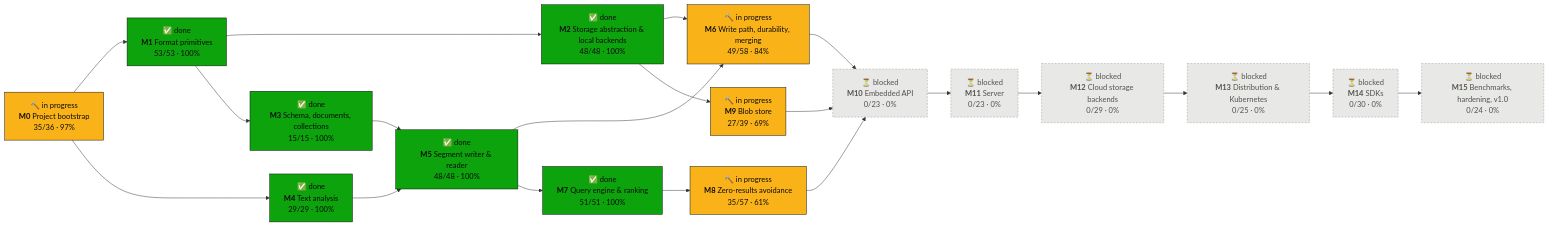
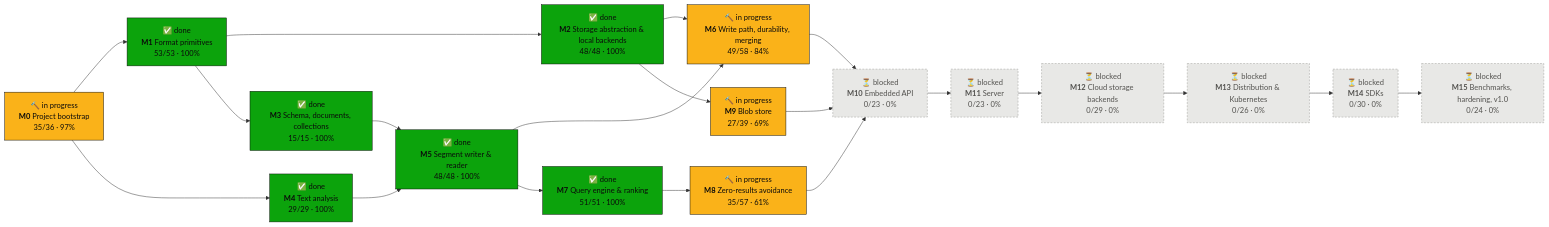
One commit to tomiok/persiaDB changed the first of 2 diagrams in PROGRESS.md. Above: the diagram before and after it, drawn with Mermaid. The commit also changed other lines of this file and 18 other files, not shown here.

First line of the commit message:
chore(blob): wave 3 contract: writer proof, resume option, wiring and resume anchors (ROADMAP 9.2.7, 9.3.4, 9.3.6, 9.4.5, 9.4.6, 9.5.3, 9.5.6, 9.5.9)

````diff
--- a/PROGRESS.md
+++ b/PROGRESS.md
@@ -16,42 +16,42 @@
 ```mermaid
 flowchart LR
   M0["🔨 in progress<br/><b>M0</b> Project bootstrap<br/>35/36 · 97%"]:::doing
   M1["✅ done<br/><b>M1</b> Format primitives<br/>53/53 · 100%"]:::done
   M2["✅ done<br/><b>M2</b> Storage abstraction & local backends<br/>48/48 · 100%"]:::done
   M3["✅ done<br/><b>M3</b> Schema, documents, collections<br/>15/15 · 100%"]:::done
   M4["✅ done<br/><b>M4</b> Text analysis<br/>29/29 · 100%"]:::done
   M5["✅ done<br/><b>M5</b> Segment writer & reader<br/>48/48 · 100%"]:::done
   M6["🔨 in progress<br/><b>M6</b> Write path, durability, merging<br/>49/58 · 84%"]:::doing
   M7["✅ done<br/><b>M7</b> Query engine & ranking<br/>51/51 · 100%"]:::done
   M8["🔨 in progress<br/><b>M8</b> Zero-results avoidance<br/>35/57 · 61%"]:::doing
   M9["🔨 in progress<br/><b>M9</b> Blob store<br/>27/39 · 69%"]:::doing
   M10["⏳ blocked<br/><b>M10</b> Embedded API<br/>0/23 · 0%"]:::blocked
   M11["⏳ blocked<br/><b>M11</b> Server<br/>0/23 · 0%"]:::blocked
   M12["⏳ blocked<br/><b>M12</b> Cloud storage backends<br/>0/29 · 0%"]:::blocked
-  M13["⏳ blocked<br/><b>M13</b> Distribution & Kubernetes<br/>0/25 · 0%"]:::blocked
+  M13["⏳ blocked<br/><b>M13</b> Distribution & Kubernetes<br/>0/26 · 0%"]:::blocked
   M14["⏳ blocked<br/><b>M14</b> SDKs<br/>0/30 · 0%"]:::blocked
   M15["⏳ blocked<br/><b>M15</b> Benchmarks, hardening, v1.0<br/>0/24 · 0%"]:::blocked
   M0 --> M1
   M1 --> M2
   M1 --> M3
   M0 --> M4
   M3 --> M5
   M4 --> M5
   M2 --> M6
   M5 --> M6
   M5 --> M7
   M7 --> M8
   M2 --> M9
   M6 --> M10
   M8 --> M10
   M9 --> M10
   M10 --> M11
   M11 --> M12
   M12 --> M13
   M13 --> M14
   M14 --> M15
   classDef done fill:#0ca30c,stroke:#0b0b0b,color:#0b0b0b
   classDef doing fill:#fab219,stroke:#0b0b0b,color:#0b0b0b
   classDef ready fill:#fcfcfb,stroke:#0b0b0b,stroke-width:2px,color:#0b0b0b
   classDef blocked fill:#e8e8e6,stroke:#9a9a96,stroke-dasharray:4 3,color:#52514e
 ```
````
